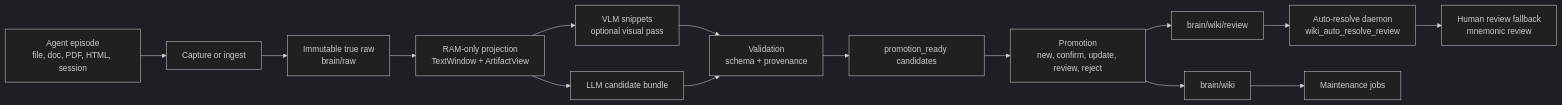
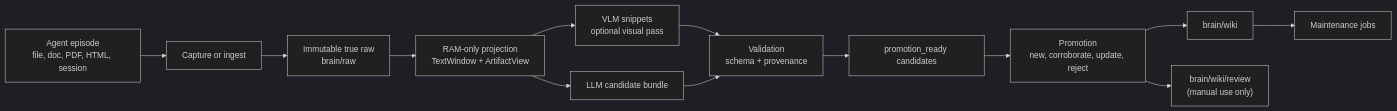
One commit to Jianyu010/MnemonicOS changed the third of 6 diagrams in README.md. Above: the diagram before and after it, drawn with Mermaid (dark theme). The commit also changed other lines of this file and 9 other files, not shown here.

````diff
--- a/README.md
+++ b/README.md
@@ -98,17 +140,15 @@
 ```mermaid
 flowchart LR
     A["Agent episode<br/>file, doc, PDF, HTML, session"] --> B["Capture or ingest"]
     B --> C["Immutable true raw<br/>brain/raw"]
     C --> D["RAM-only projection<br/>TextWindow + ArtifactView"]
     D --> E["VLM snippets<br/>optional visual pass"]
     D --> F["LLM candidate bundle"]
     E --> G["Validation<br/>schema + provenance"]
     F --> G
     G --> H["promotion_ready candidates"]
-    H --> I["Promotion<br/>new, confirm, update, review, reject"]
+    H --> I["Promotion<br/>new, corroborate, update, reject"]
     I --> J["brain/wiki"]
-    I --> K["brain/wiki/review"]
-    K --> AR["Auto-resolve daemon<br/>wiki_auto_resolve_review"]
-    AR --> R["Human review fallback<br/>mnemonic review"]
+    I --> K["brain/wiki/review<br/>(manual use only)"]
     J --> L["Maintenance jobs"]
 ```
````
